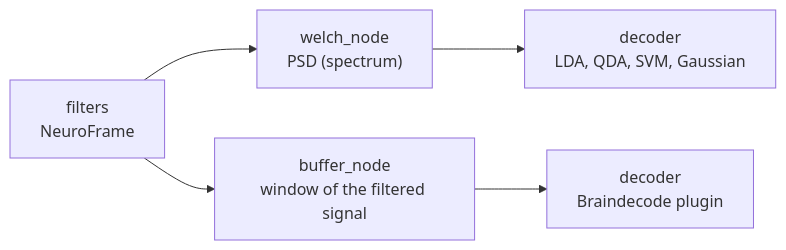
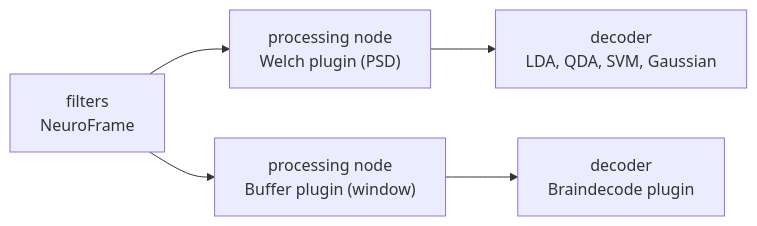
One commit to ros2neuro/docs changed the diagram in docs/packages/processing/index.md. Above: the diagram before and after it, drawn with Mermaid. The commit also changed other lines of this file and 76 other files, not shown here.

````diff
--- a/docs/packages/processing/index.md
+++ b/docs/packages/processing/index.md
@@ -15,5 +55,5 @@
 ```mermaid
 flowchart LR
-    FIL["filters<br/>NeuroFrame"] --> WEL["welch_node<br/>PSD (spectrum)"] --> CLA["decoder<br/>LDA, QDA, SVM, Gaussian"]
-    FIL --> BUF["buffer_node<br/>window of the filtered signal"] --> DL["decoder<br/>Braindecode plugin"]
+    FIL["filters<br/>NeuroFrame"] --> WEL["processing node<br/>Welch plugin (PSD)"] --> CLA["decoder<br/>LDA, QDA, SVM, Gaussian"]
+    FIL --> BUF["processing node<br/>Buffer plugin (window)"] --> DL["decoder<br/>Braindecode plugin"]
 ```
````
